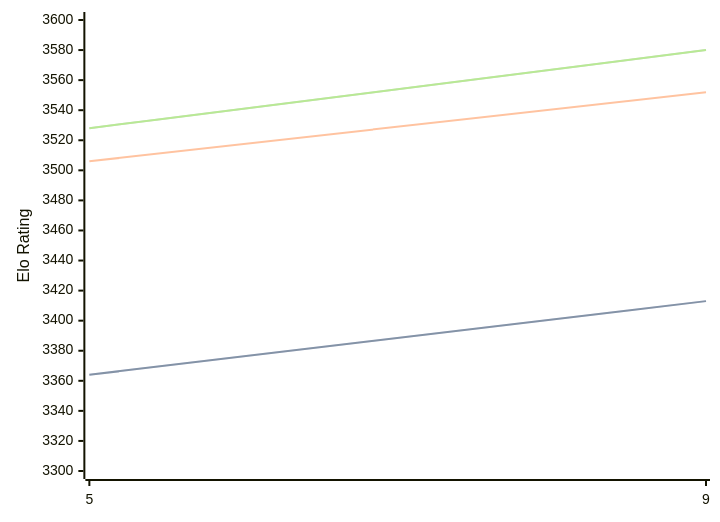
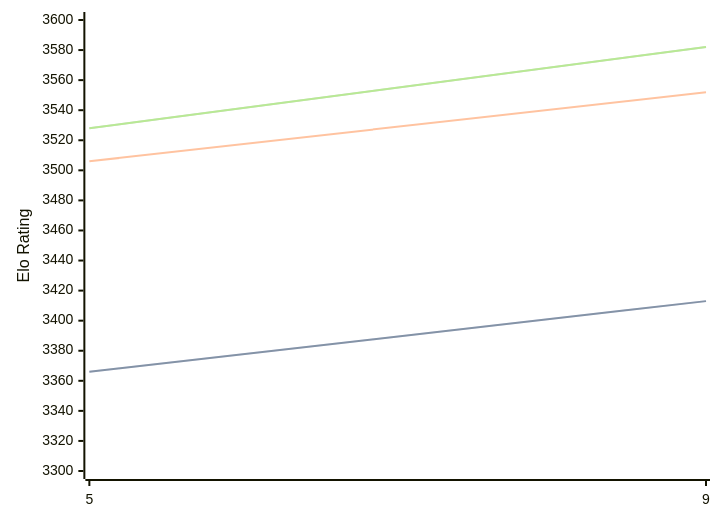
Before and after one commit to computer-chess-index/cci: the diagram in engines/Crystal.md, drawn with Mermaid. The commit also changed other lines of this file, not shown here.

Commit message:
Update CCI Ratings (ELO VLTC) - 2026-05-21

````diff
--- a/engines/Crystal.md
+++ b/engines/Crystal.md
@@ -60,11 +60,11 @@
 ```mermaid
 %%{init: {"theme":"base","themeVariables":{"seriesColors:['#a3a3a3','#222221','#faa371']}}}%%
 xychart-beta
   x-axis ["5", "9"]
   y-axis "Elo Rating" 3300 --> 3600
-  line "STC (8.0+0.08s)" [3364, 3413]
-  line "STC (8.0+0.08s)" [3364, 3413]
+  line "STC (8.0+0.08s)" [3366, 3413]
+  line "STC (8.0+0.08s)" [3366, 3413]
   line "LTC (60.0+0.60s)" [3506, 3552]
-  line "VLTC (2m24s+1.12s)" [3528, 3580]
-  line "VLTC (2m24s+1.12s)" [3528, 3580]
+  line "VLTC (2m24s+1.12s)" [3528, 3582]
+  line "VLTC (2m24s+1.12s)" [3528, 3582]
 ```
````
